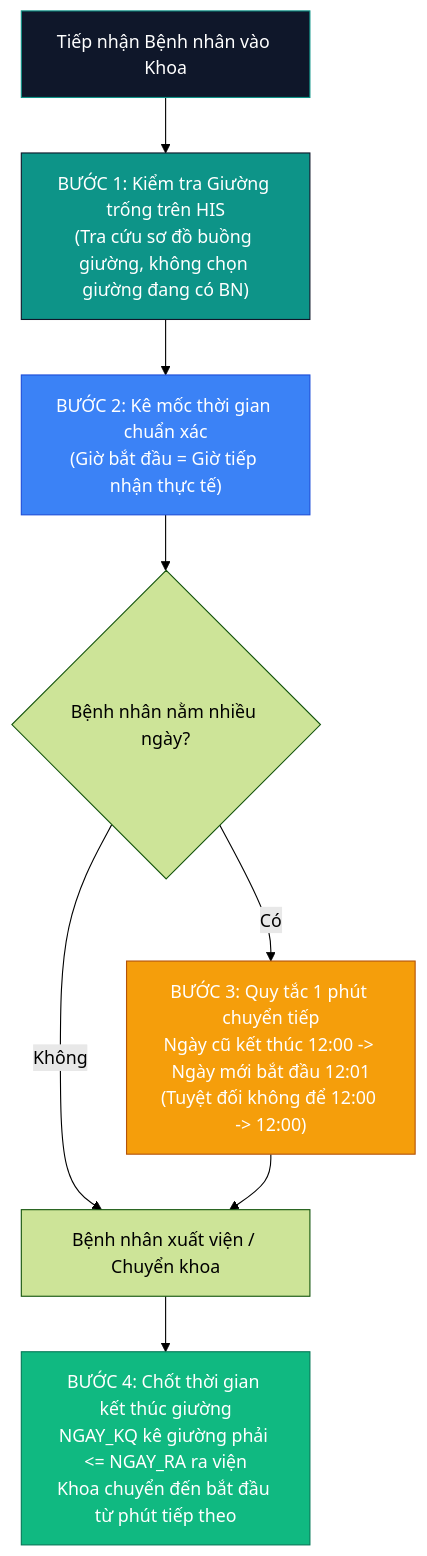
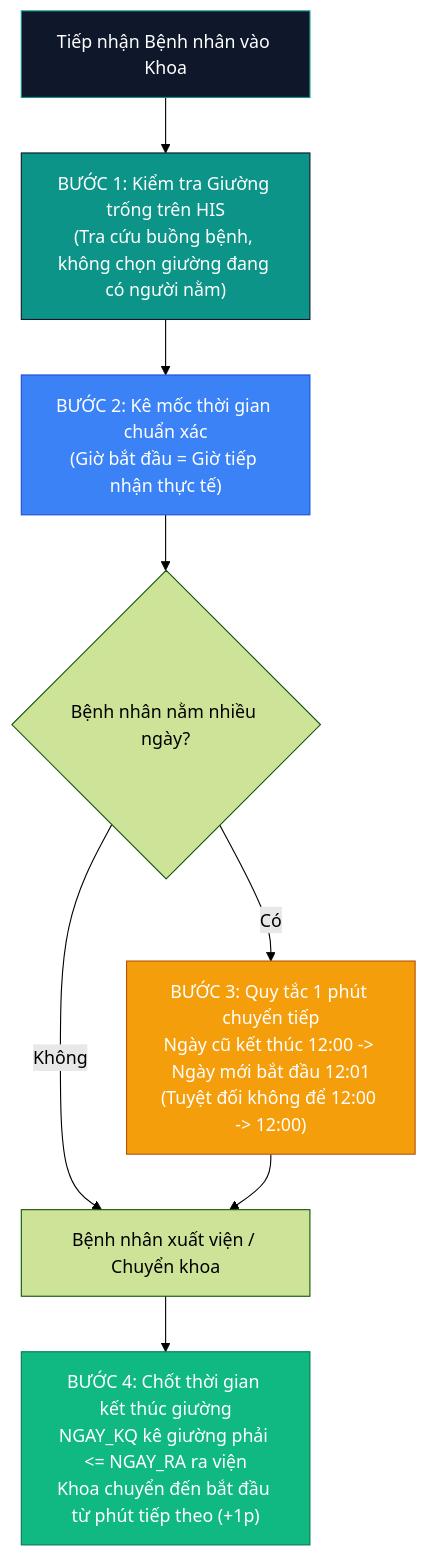
The second of 2 diagrams in BAO_CAO_RA_SOAT_TIEN_GIUONG_VA_GIUONG_GHEP_T11_2026.md (Nsnnam/xml3-duration-checker), drawn with Mermaid (forest theme) before and after one commit. The commit also changed other lines of this file and 32 other files, not shown here.

````diff
--- a/BAO_CAO_RA_SOAT_TIEN_GIUONG_VA_GIUONG_GHEP_T11_2026.md
+++ b/BAO_CAO_RA_SOAT_TIEN_GIUONG_VA_GIUONG_GHEP_T11_2026.md
@@ -114,16 +155,16 @@
 ```mermaid
 flowchart TD
-    A["Tiếp nhận Bệnh nhân vào Khoa"] --> B["BƯỚC 1: Kiểm tra Giường trống trên HIS\n(Tra cứu sơ đồ buồng giường, không chọn giường đang có BN)"]
+    A["Tiếp nhận Bệnh nhân vào Khoa"] --> B["BƯỚC 1: Kiểm tra Giường trống trên HIS\n(Tra cứu buồng bệnh, không chọn giường đang có người nằm)"]
     B --> C["BƯỚC 2: Kê mốc thời gian chuẩn xác\n(Giờ bắt đầu = Giờ tiếp nhận thực tế)"]
     C --> D{"Bệnh nhân nằm nhiều ngày?"}
     D -- Có --> E["BƯỚC 3: Quy tắc 1 phút chuyển tiếp\nNgày cũ kết thúc 12:00 -> Ngày mới bắt đầu 12:01\n(Tuyệt đối không để 12:00 -> 12:00)"]
     D -- Không --> F["Bệnh nhân xuất viện / Chuyển khoa"]
     E --> F
-    F --> G["BƯỚC 4: Chốt thời gian kết thúc giường\nNGAY_KQ kê giường phải <= NGAY_RA ra viện\nKhoa chuyển đến bắt đầu từ phút tiếp theo"]
+    F --> G["BƯỚC 4: Chốt thời gian kết thúc giường\nNGAY_KQ kê giường phải <= NGAY_RA ra viện\nKhoa chuyển đến bắt đầu từ phút tiếp theo (+1p)"]
     
     style A fill:#0F172A,stroke:#0D9488,color:#fff
     style B fill:#0D9488,stroke:#0F172A,color:#fff
     style C fill:#3B82F6,stroke:#1D4ED8,color:#fff
     style E fill:#F59E0B,stroke:#B45309,color:#fff
     style G fill:#10B981,stroke:#047857,color:#fff
 ```
````
